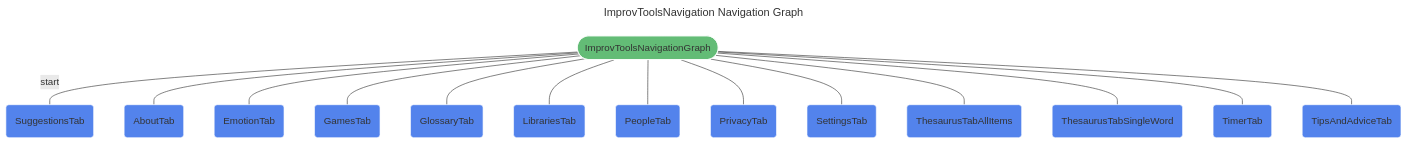
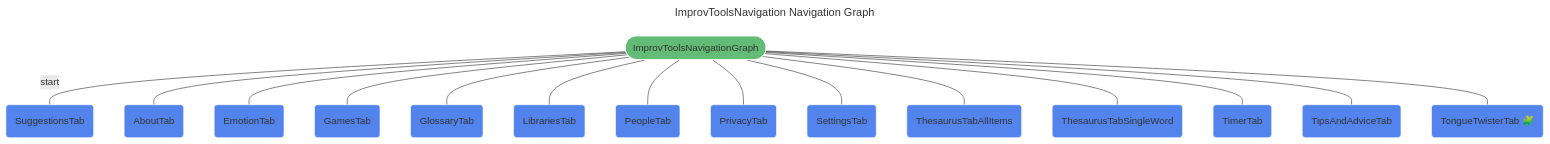
Before and after one commit to brokenkernel/improvtools: the diagram in docs/static/ImprovToolsNavigationNavGraph.mmd, drawn with Mermaid. The commit also changed 11 other files, not shown here.

```diff
--- a/docs/static/ImprovToolsNavigationNavGraph.mmd
+++ b/docs/static/ImprovToolsNavigationNavGraph.mmd
@@ -1,24 +1,25 @@
 ---
 title: ImprovToolsNavigation Navigation Graph
 ---
 %%{init: {'theme':'base', 'themeVariables': { 'primaryTextColor': '#fff' }}%%
 graph TD
 improv_tools_navigation(["ImprovToolsNavigationGraph"]) -- "start" --- suggestions_tab("SuggestionsTab")
 improv_tools_navigation(["ImprovToolsNavigationGraph"]) --- about_tab("AboutTab")
 improv_tools_navigation(["ImprovToolsNavigationGraph"]) --- emotion_tab("EmotionTab")
 improv_tools_navigation(["ImprovToolsNavigationGraph"]) --- games_tab("GamesTab")
 improv_tools_navigation(["ImprovToolsNavigationGraph"]) --- glossary_tab("GlossaryTab")
 improv_tools_navigation(["ImprovToolsNavigationGraph"]) --- libraries_tab("LibrariesTab")
 improv_tools_navigation(["ImprovToolsNavigationGraph"]) --- people_tab("PeopleTab")
 improv_tools_navigation(["ImprovToolsNavigationGraph"]) --- privacy_tab("PrivacyTab")
 improv_tools_navigation(["ImprovToolsNavigationGraph"]) --- settings_tab("SettingsTab")
 improv_tools_navigation(["ImprovToolsNavigationGraph"]) --- thesaurus_tab_all_items("ThesaurusTabAllItems")
 improv_tools_navigation(["ImprovToolsNavigationGraph"]) --- thesaurus_tab_single_word("ThesaurusTabSingleWord")
 improv_tools_navigation(["ImprovToolsNavigationGraph"]) --- timer_tab("TimerTab")
 improv_tools_navigation(["ImprovToolsNavigationGraph"]) --- tips_and_advice_tab("TipsAndAdviceTab")
+improv_tools_navigation(["ImprovToolsNavigationGraph"]) --- tongue_twister_tab_destination("TongueTwisterTab 🧩")
 
 
 classDef destination fill:#5383EC,stroke:#ffffff;
-class about_tab,emotion_tab,games_tab,glossary_tab,libraries_tab,people_tab,privacy_tab,settings_tab,suggestions_tab,thesaurus_tab_all_items,thesaurus_tab_single_word,timer_tab,tips_and_advice_tab destination;
+class about_tab,emotion_tab,games_tab,glossary_tab,libraries_tab,people_tab,privacy_tab,settings_tab,suggestions_tab,thesaurus_tab_all_items,thesaurus_tab_single_word,timer_tab,tips_and_advice_tab,tongue_twister_tab_destination destination;
 classDef navgraph fill:#63BC76,stroke:#ffffff;
 class improv_tools_navigation navgraph;
```
